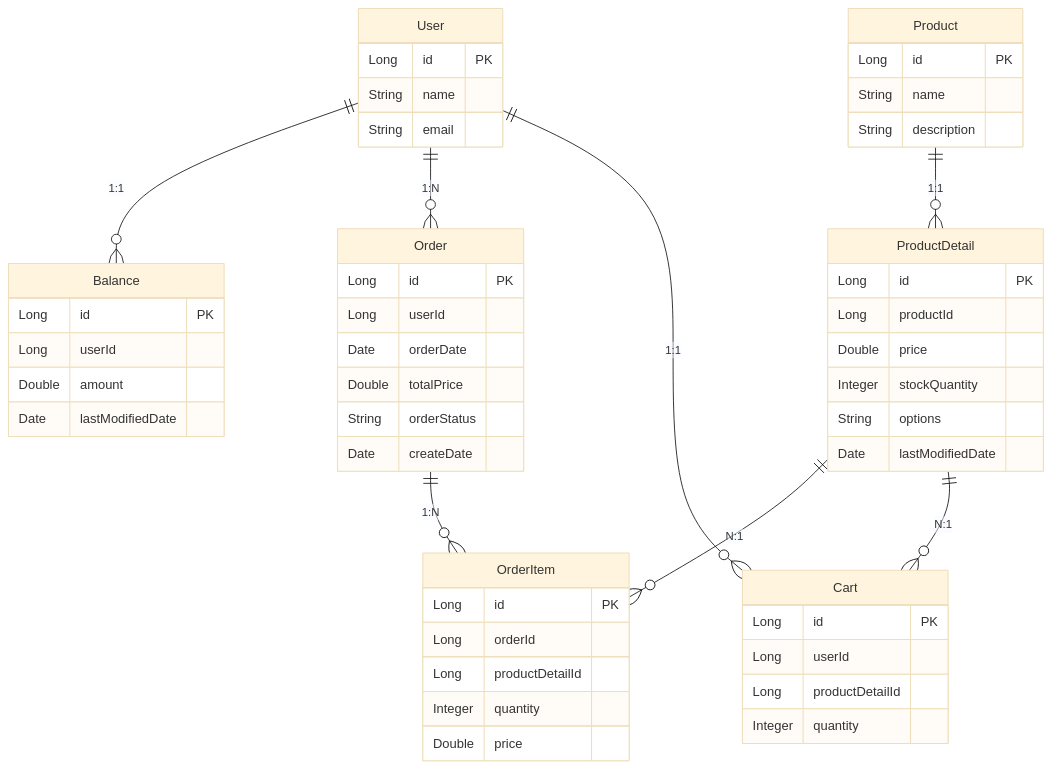
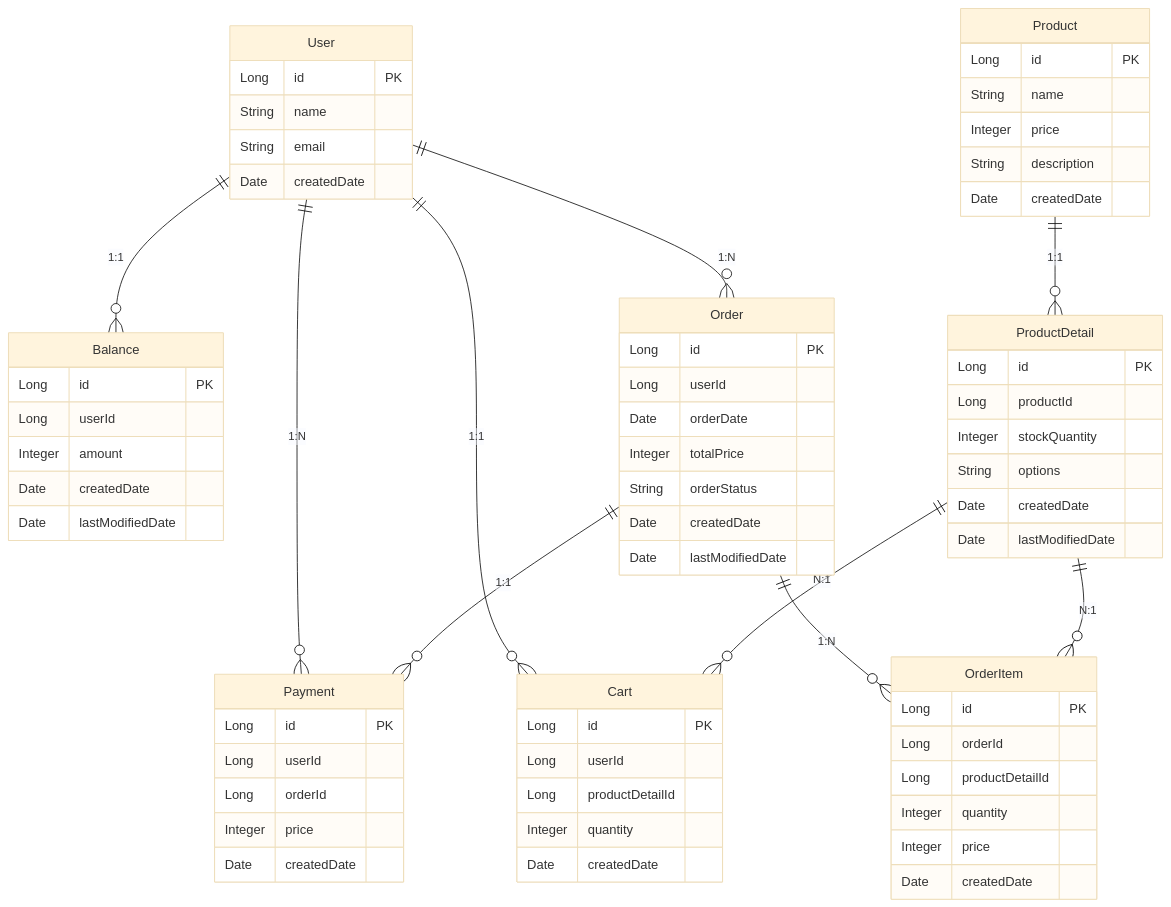
The diagram in docs/ERD.md (lgm1007/hhplus_ecommerce), drawn with Mermaid (base theme) before and after one commit.

Commit message:
docs: ERD 내용 수정

````diff
--- a/docs/ERD.md
+++ b/docs/ERD.md
@@ -2,63 +2,79 @@
 ```mermaid
 erDiagram
     User {
         Long id PK
         String name
         String email
+        Date createdDate
     }
 
     Balance {
         Long id PK
         Long userId
-        Double amount
+        Integer amount
+        Date createdDate
         Date lastModifiedDate
     }
 
     Product {
         Long id PK
         String name
+        Integer price
         String description
+        Date createdDate
     }
 
     ProductDetail {
         Long id PK
         Long productId
-        Double price
         Integer stockQuantity
         String options
+        Date createdDate
         Date lastModifiedDate
     }
 
     Order {
         Long id PK
         Long userId
         Date orderDate
-        Double totalPrice
+        Integer totalPrice
         String orderStatus
-        Date createDate
+        Date createdDate
+        Date lastModifiedDate
     }
 
     OrderItem {
         Long id PK
         Long orderId
         Long productDetailId
         Integer quantity
-        Double price
+        Integer price
+        Date createdDate
+    }
+
+    Payment {
+        Long id PK
+        Long userId
+        Long orderId
+        Integer price
+        Date createdDate
     }
 
     Cart {
         Long id PK
         Long userId
         Long productDetailId
         Integer quantity
+        Date createdDate
     }
 
     User ||--o{ Balance : "1:1"
     User ||--o{ Order : "1:N"
+    User ||--o{ Payment : "1:N"
     Order ||--o{ OrderItem : "1:N"
+    Order ||--o{ Payment : "1:1"
     User ||--o{ Cart : "1:1"
     Product ||--o{ ProductDetail : "1:1"
     ProductDetail ||--o{ OrderItem : "N:1"
     ProductDetail ||--o{ Cart : "N:1"
-
 ```
````
